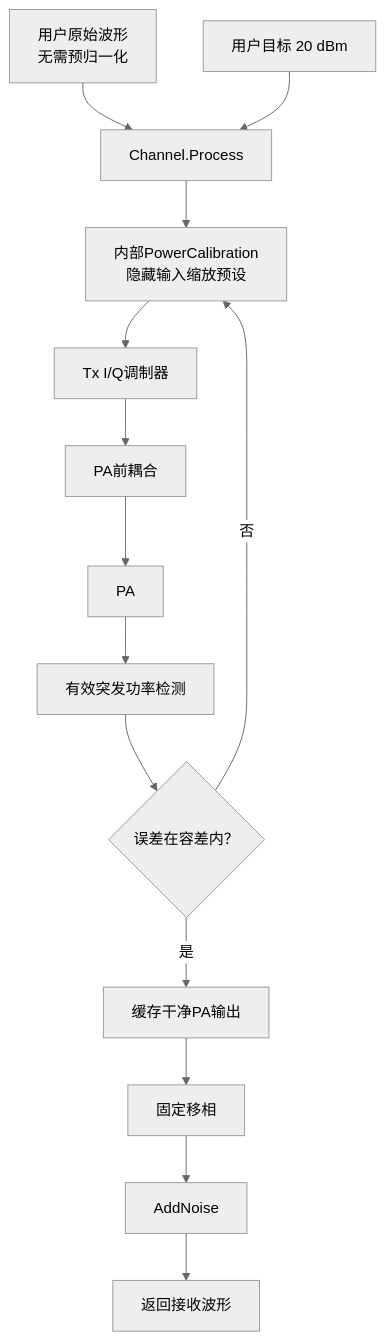
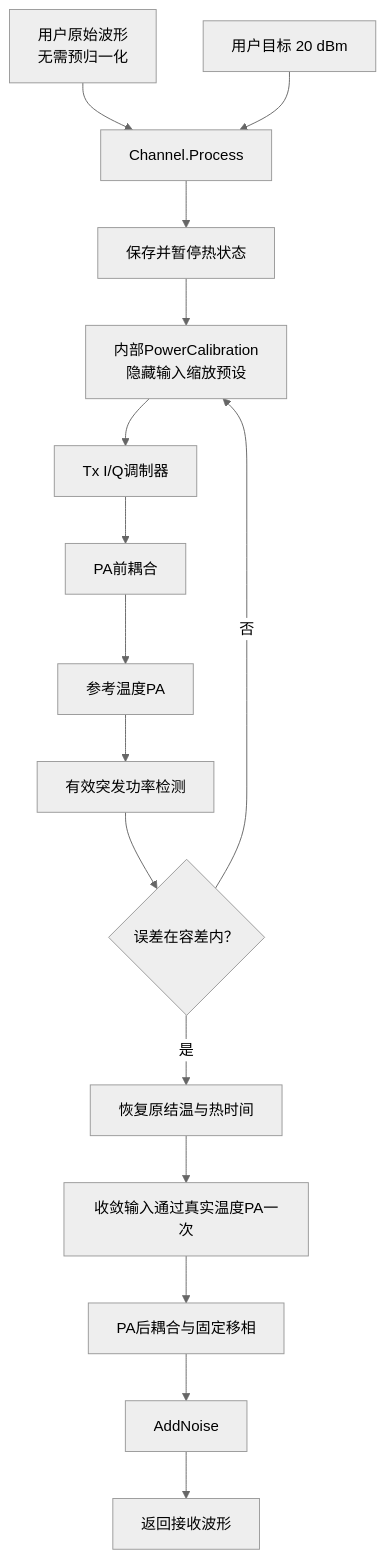
The seventh of 8 diagrams in doc/Channel.md (niyilu45/DPD_ILC), drawn with Mermaid (neutral theme) before and after one commit. The commit also changed other lines of this file and 10 other files, not shown here.

````diff
--- a/doc/Channel.md
+++ b/doc/Channel.md
@@ -1847,16 +1848,18 @@
 ```mermaid
 flowchart TD
     original["用户原始波形<br/>无需预归一化"] --> process["Channel.Process"]
     target["用户目标 20 dBm"] --> process
-    process --> calibration["内部PowerCalibration<br/>隐藏输入缩放预设"]
+    process --> suspend["保存并暂停热状态"]
+    suspend --> calibration["内部PowerCalibration<br/>隐藏输入缩放预设"]
     calibration --> txIq["Tx I/Q调制器"]
     txIq --> preCoupling["PA前耦合"]
-    preCoupling --> pa["PA"]
+    preCoupling --> pa["参考温度PA"]
     pa --> detector["有效突发功率检测"]
     detector --> decision{"误差在容差内？"}
     decision -->|否| calibration
-    decision -->|是| cleanOutput["缓存干净PA输出"]
-    cleanOutput --> phase["固定移相"]
+    decision -->|是| restore["恢复原结温与热时间"]
+    restore --> livePa["收敛输入通过真实温度PA一次"]
+    livePa --> phase["PA后耦合与固定移相"]
     phase --> noise["AddNoise"]
     noise --> receiver["返回接收波形"]
 ```
````
